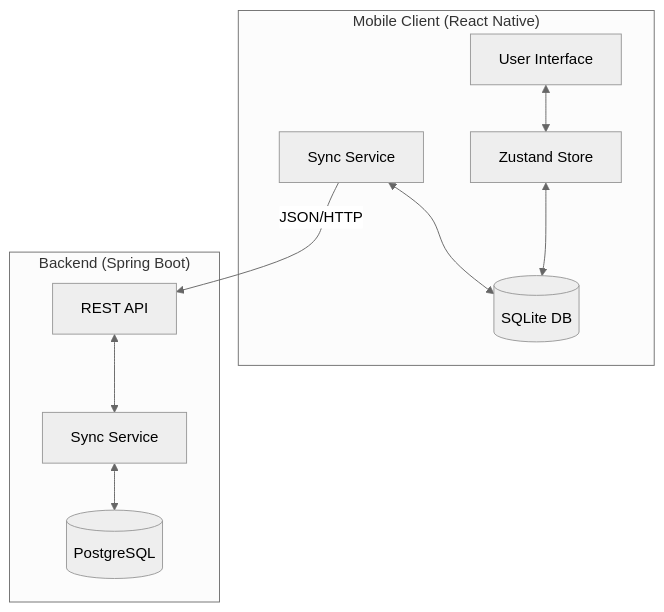
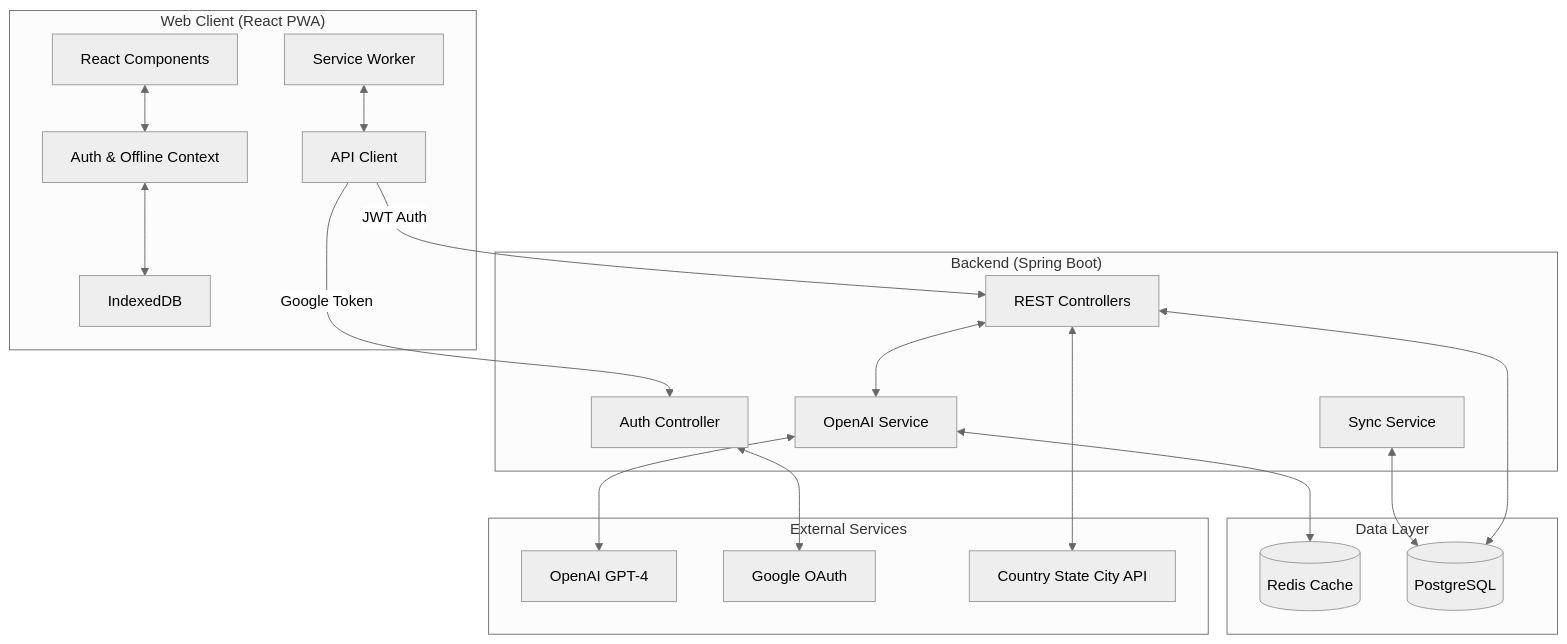
The first of 6 diagrams in architecture.md (rohitguta2432/MicroItinerary), drawn with Mermaid (neutral theme) before and after one commit. The commit also changed other lines of this file and 117 other files, not shown here.

````diff
--- a/architecture.md
+++ b/architecture.md
@@ -10,22 +11,41 @@
 ```mermaid
 graph TD
-    subgraph "Mobile Client (React Native)"
-        UI[User Interface]
-        Store[Zustand Store]
-        LocalDB[(SQLite DB)]
-        SyncClient[Sync Service]
+    subgraph "Web Client (React PWA)"
+        UI[React Components]
+        Context[Auth & Offline Context]
+        IDB[IndexedDB]
+        SW[Service Worker]
+        API[API Client]
     end
 
     subgraph "Backend (Spring Boot)"
-        API[REST API]
-        SyncServer[Sync Service]
-        DB[(PostgreSQL)]
+        Auth[Auth Controller]
+        REST[REST Controllers]
+        AIService[OpenAI Service]
+        Sync[Sync Service]
     end
 
-    UI <--> Store
-    Store <--> LocalDB
-    SyncClient <--> LocalDB
-    SyncClient -- JSON/HTTP --> API
-    API <--> SyncServer
-    SyncServer <--> DB
+    subgraph "External Services"
+        OpenAI[OpenAI GPT-4]
+        Google[Google OAuth]
+        CountryAPI[Country State City API]
+    end
+
+    subgraph "Data Layer"
+        Redis[(Redis Cache)]
+        PG[(PostgreSQL)]
+    end
+
+    UI <--> Context
+    Context <--> IDB
+    SW <--> API
+    API -- JWT Auth --> REST
+    API -- Google Token --> Auth
+    Auth <--> Google
+    REST <--> AIService
+    AIService <--> OpenAI
+    AIService <--> Redis
+    REST <--> CountryAPI
+    REST <--> PG
+    Sync <--> PG
 ```
````
